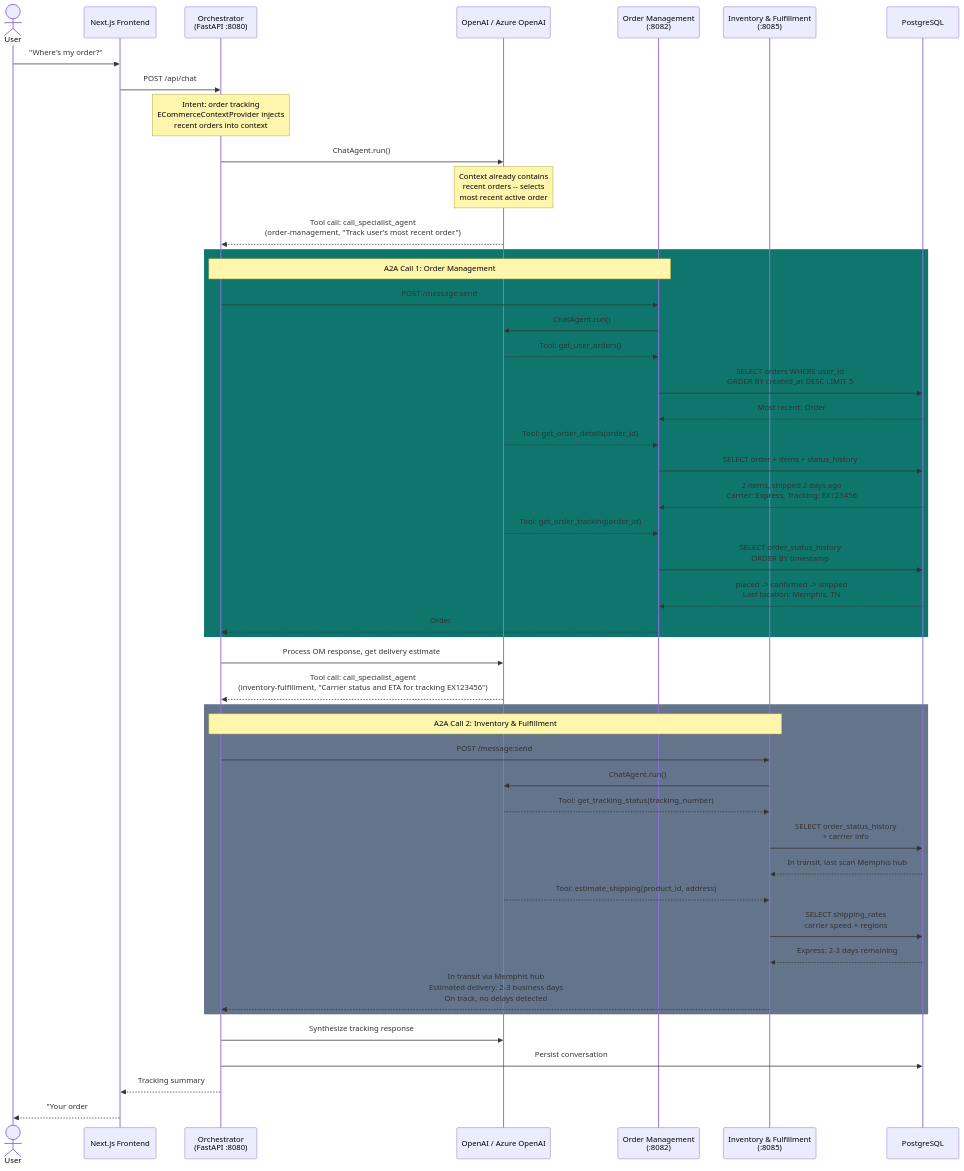
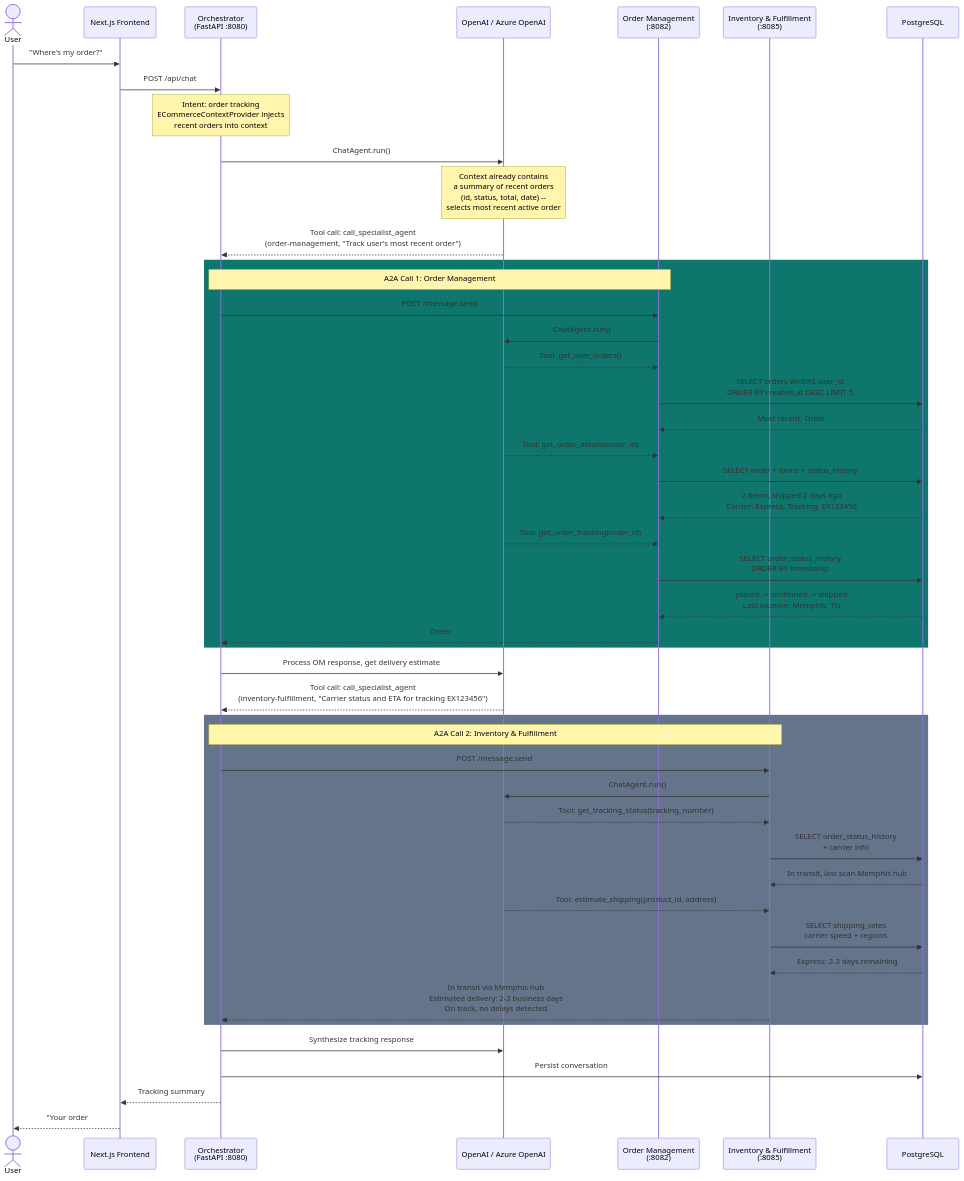
One commit to rakyma0228/eCommerce-agent changed the third of 5 diagrams in docs/agent-flows.md. Above: the diagram before and after it, drawn with Mermaid. The commit also changed other lines of this file and 12 other files, not shown here.

````diff
--- a/docs/agent-flows.md
+++ b/docs/agent-flows.md
@@ -202,56 +202,56 @@
 ```mermaid
 sequenceDiagram
     actor User
     participant FE as Next.js Frontend
     participant ORCH as Orchestrator<br/>(FastAPI :8080)
     participant LLM as OpenAI / Azure OpenAI
     participant OM as Order Management<br/>(:8082)
     participant IF as Inventory & Fulfillment<br/>(:8085)
     participant DB as PostgreSQL
 
     User->>FE: "Where's my order?"
     FE->>ORCH: POST /api/chat
 
     Note over ORCH: Intent: order tracking<br/>ECommerceContextProvider injects<br/>recent orders into context
 
     ORCH->>LLM: ChatAgent.run()
-    Note over LLM: Context already contains<br/>recent orders -- selects<br/>most recent active order
+    Note over LLM: Context already contains<br/>a summary of recent orders<br/>(id, status, total, date) --<br/>selects most recent active order
     LLM-->>ORCH: Tool call: call_specialist_agent<br/>(order-management, "Track user's most recent order")
 
     rect rgb(15, 118, 110)
         Note over ORCH,OM: A2A Call 1: Order Management
         ORCH->>OM: POST /message:send
         OM->>LLM: ChatAgent.run()
         LLM-->>OM: Tool: get_user_orders()
         OM->>DB: SELECT orders WHERE user_id<br/>ORDER BY created_at DESC LIMIT 5
         DB-->>OM: Most recent: Order #a1b2c3<br/>Status: shipped, Total: $149.99
         LLM-->>OM: Tool: get_order_details(order_id)
         OM->>DB: SELECT order + items + status_history
         DB-->>OM: 2 items, shipped 2 days ago<br/>Carrier: Express, Tracking: EX123456
         LLM-->>OM: Tool: get_order_tracking(order_id)
         OM->>DB: SELECT order_status_history<br/>ORDER BY timestamp
         DB-->>OM: placed -> confirmed -> shipped<br/>Last location: Memphis, TN
         OM-->>ORCH: Order #a1b2c3: shipped via Express<br/>Tracking: EX123456<br/>Last seen: Memphis, TN (2 days ago)
     end
 
     ORCH->>LLM: Process OM response, get delivery estimate
     LLM-->>ORCH: Tool call: call_specialist_agent<br/>(inventory-fulfillment, "Carrier status and ETA for tracking EX123456")
 
     rect rgb(100, 116, 139)
         Note over ORCH,IF: A2A Call 2: Inventory & Fulfillment
         ORCH->>IF: POST /message:send
         IF->>LLM: ChatAgent.run()
         LLM-->>IF: Tool: get_tracking_status(tracking_number)
         IF->>DB: SELECT order_status_history<br/>+ carrier info
         DB-->>IF: In transit, last scan Memphis hub
         LLM-->>IF: Tool: estimate_shipping(product_id, address)
         IF->>DB: SELECT shipping_rates<br/>carrier speed + regions
         DB-->>IF: Express: 2-3 days remaining
         IF-->>ORCH: In transit via Memphis hub<br/>Estimated delivery: 2-3 business days<br/>On track, no delays detected
     end
 
     ORCH->>LLM: Synthesize tracking response
     ORCH->>DB: Persist conversation
     ORCH-->>FE: Tracking summary
     FE-->>User: "Your order #a1b2c3 ($149.99) is on its way!<br/>It's currently in Memphis, TN via Express shipping.<br/>Expected delivery: April 7-8.<br/>Tracking: EX123456"
 ```
````
